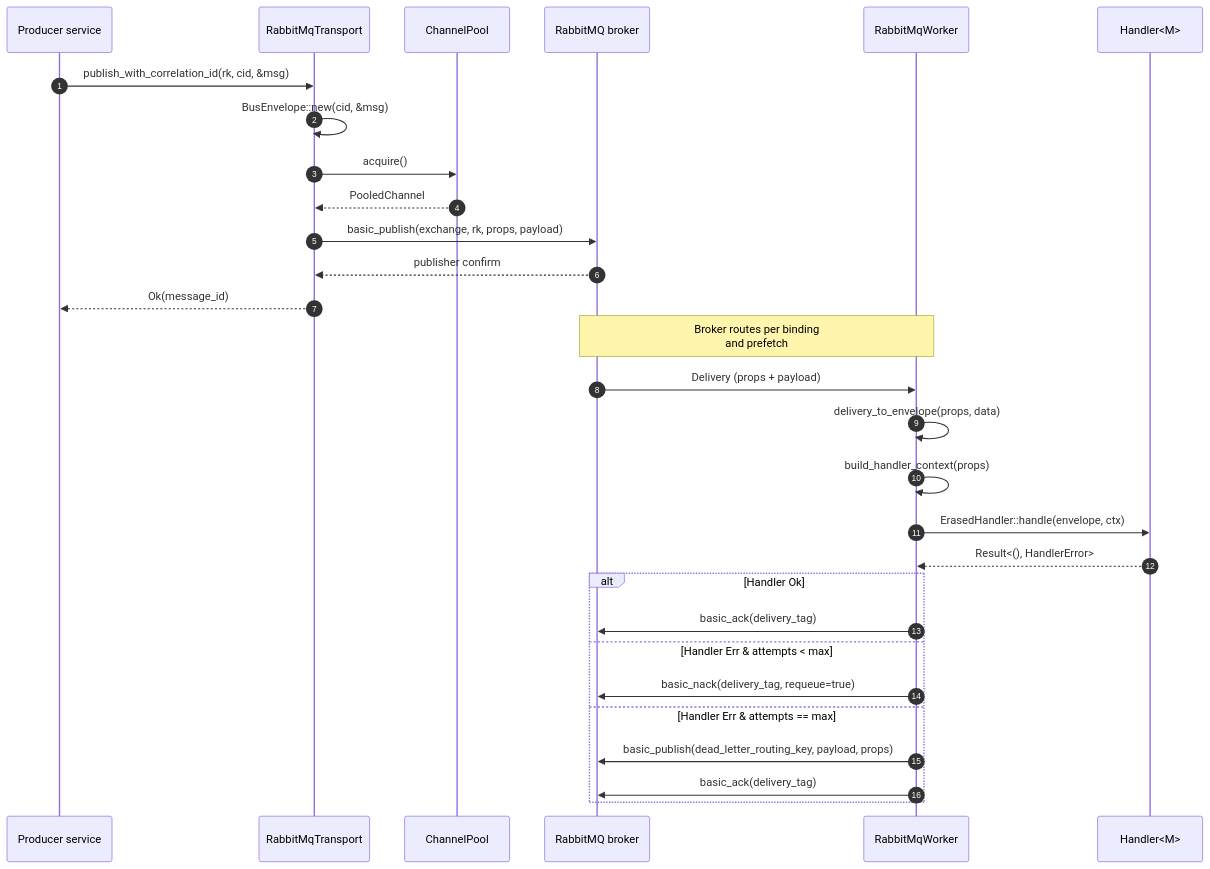
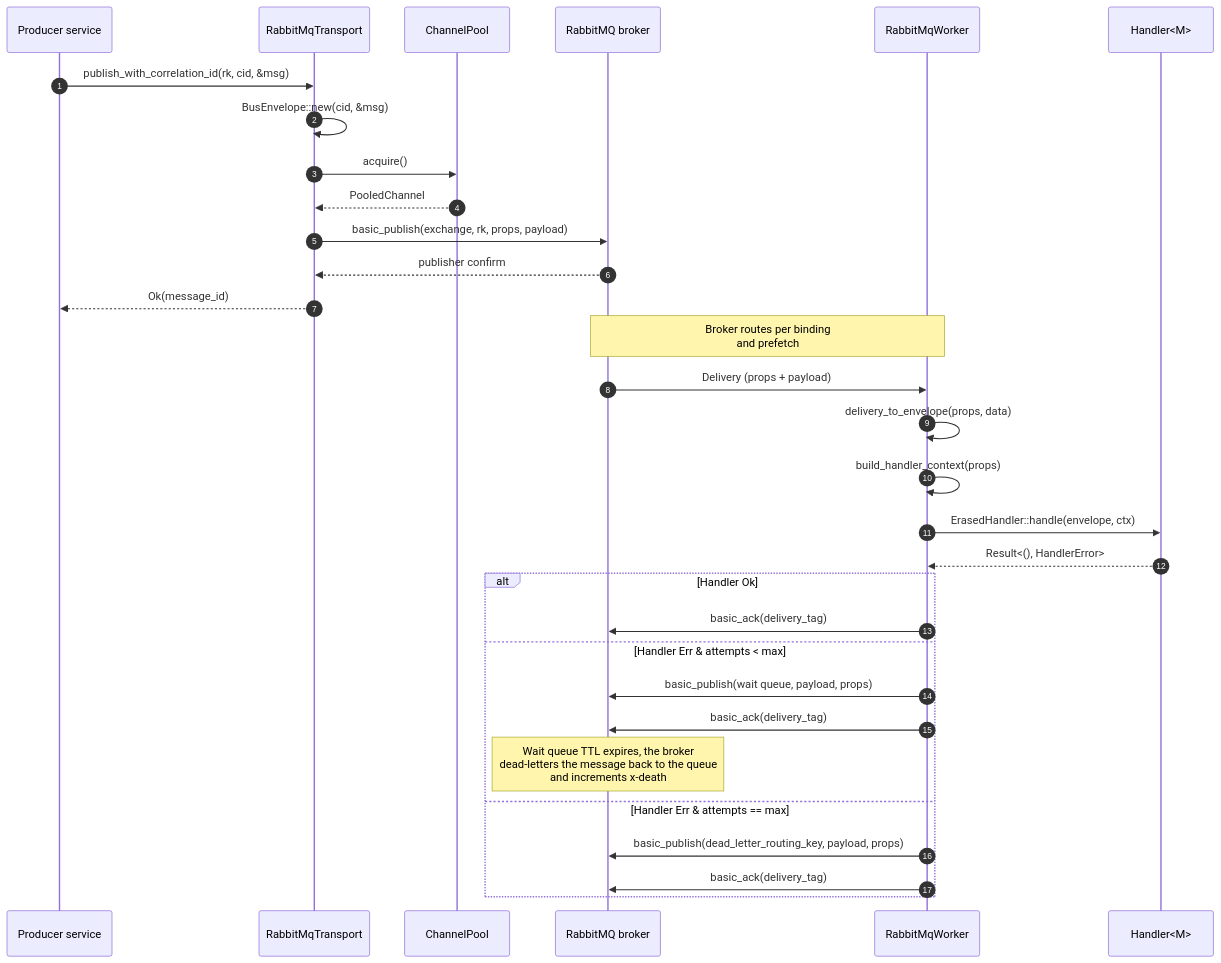
The first of 2 diagrams in docs/architecture/bus-flow.md (nubster-opensources/hexeract), drawn with Mermaid before and after one commit. The commit also changed other lines of this file and 4 other files, not shown here.

````diff
--- a/docs/architecture/bus-flow.md
+++ b/docs/architecture/bus-flow.md
@@ -7,34 +7,36 @@
 ```mermaid
 sequenceDiagram
     autonumber
     participant App as Producer service
     participant Tx as RabbitMqTransport
     participant Pool as ChannelPool
     participant Broker as RabbitMQ broker
     participant Worker as RabbitMqWorker
     participant Handler as Handler<M>
 
     App->>Tx: publish_with_correlation_id(rk, cid, &msg)
     Tx->>Tx: BusEnvelope::new(cid, &msg)
     Tx->>Pool: acquire()
     Pool-->>Tx: PooledChannel
     Tx->>Broker: basic_publish(exchange, rk, props, payload)
     Broker-->>Tx: publisher confirm
     Tx-->>App: Ok(message_id)
 
     Note over Broker,Worker: Broker routes per binding<br/>and prefetch
     Broker->>Worker: Delivery (props + payload)
     Worker->>Worker: delivery_to_envelope(props, data)
     Worker->>Worker: build_handler_context(props)
     Worker->>Handler: ErasedHandler::handle(envelope, ctx)
     Handler-->>Worker: Result<(), HandlerError>
 
     alt Handler Ok
         Worker->>Broker: basic_ack(delivery_tag)
     else Handler Err & attempts < max
-        Worker->>Broker: basic_nack(delivery_tag, requeue=true)
+        Worker->>Broker: basic_publish(wait queue, payload, props)
+        Worker->>Broker: basic_ack(delivery_tag)
+        Note over Broker: Wait queue TTL expires, the broker<br/>dead-letters the message back to the queue<br/>and increments x-death
     else Handler Err & attempts == max
         Worker->>Broker: basic_publish(dead_letter_routing_key, payload, props)
         Worker->>Broker: basic_ack(delivery_tag)
     end
 ```
````
